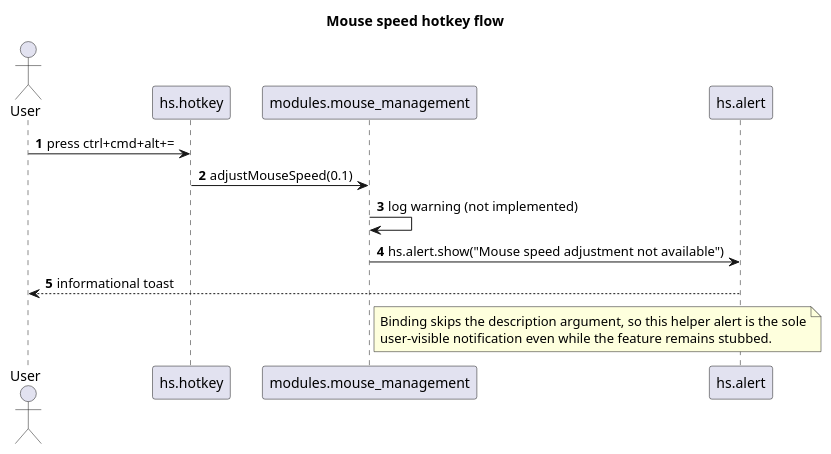
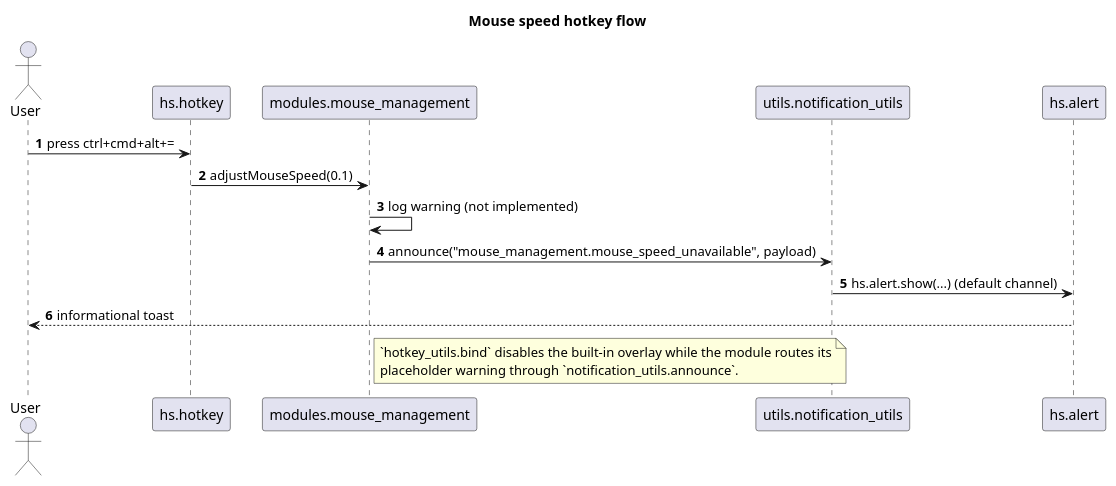
Before and after one commit to CsHeng/dot-hammerspoon: the diagram in docs/modules/diagrams/mouse_management_sequence.puml, drawn with PlantUML. The commit also changed 12 other files, not shown here.

```diff
--- a/docs/modules/diagrams/mouse_management_sequence.puml
+++ b/docs/modules/diagrams/mouse_management_sequence.puml
@@ -1,22 +1,24 @@
 @startuml MouseManagementSequence
 title Mouse speed hotkey flow
 
 actor User as user
 participant "hs.hotkey" as hotkey
 participant "modules.mouse_management" as mouse
+participant "utils.notification_utils" as notification
 participant "hs.alert" as alert
 
 autonumber
 
 user -> hotkey: press ctrl+cmd+alt+=
 hotkey -> mouse: adjustMouseSpeed(0.1)
 mouse -> mouse: log warning (not implemented)
-mouse -> alert: hs.alert.show("Mouse speed adjustment not available")
+mouse -> notification: announce("mouse_management.mouse_speed_unavailable", payload)
+notification -> alert: hs.alert.show(...) (default channel)
 alert --> user: informational toast
 
 note right of mouse
-Binding skips the description argument, so this helper alert is the sole
-user-visible notification even while the feature remains stubbed.
+`hotkey_utils.bind` disables the built-in overlay while the module routes its
+placeholder warning through `notification_utils.announce`.
 end note
 
 @enduml
```
